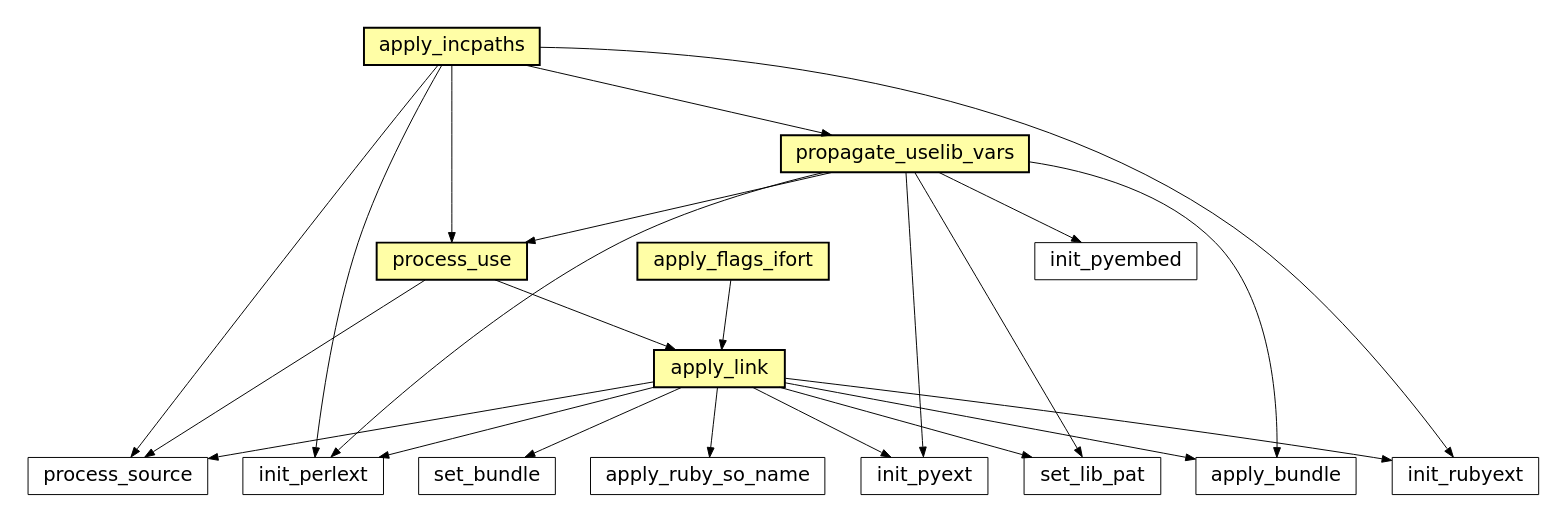
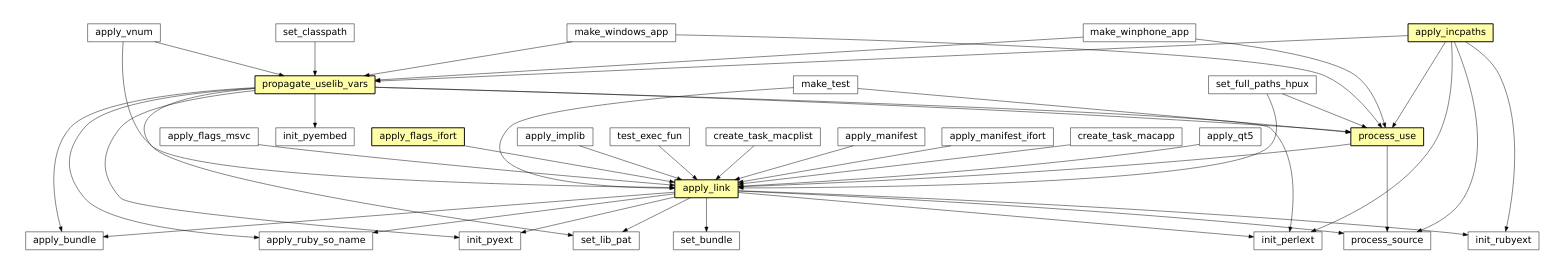
Diagram 14 of 45 in docs/sphinx/featuremap.rst (electronicvisions/waf), drawn with Graphviz before and after one commit. The commit also changed other lines of this file and 1 other file, not shown here.

```diff
--- a/docs/sphinx/featuremap.rst
+++ b/docs/sphinx/featuremap.rst
@@ -404,41 +577,75 @@
 .. graphviz::
 
 	digraph feature_fc {
 		size="8.0, 12.0";
-		process_use [style="setlinewidth(0.5)",URL="tools/ccroot.html#waflib.Tools.ccroot.process_use",target="_top",fontname="Vera Sans, DejaVu Sans, Liberation Sans, Arial, Helvetica, sans",height=0.25,shape="rectangle",fontsize=10,fillcolor="#fffea6",style=filled];
-		init_perlext [style="setlinewidth(0.5)",URL="tools/perl.html#waflib.Tools.perl.init_perlext",target="_top",fontname="Vera Sans, DejaVu Sans, Liberation Sans, Arial, Helvetica, sans",height=0.25,shape="rectangle",fontsize=10];
-		apply_ruby_so_name [style="setlinewidth(0.5)",URL="tools/ruby.html#waflib.Tools.ruby.apply_ruby_so_name",target="_top",fontname="Vera Sans, DejaVu Sans, Liberation Sans, Arial, Helvetica, sans",height=0.25,shape="rectangle",fontsize=10];
-		process_source [style="setlinewidth(0.5)",URL="TaskGen.html#waflib.TaskGen.process_source",target="_top",fontname="Vera Sans, DejaVu Sans, Liberation Sans, Arial, Helvetica, sans",height=0.25,shape="rectangle",fontsize=10];
-		apply_incpaths [style="setlinewidth(0.5)",URL="tools/ccroot.html#waflib.Tools.ccroot.apply_incpaths",target="_top",fontname="Vera Sans, DejaVu Sans, Liberation Sans, Arial, Helvetica, sans",height=0.25,shape="rectangle",fontsize=10,fillcolor="#fffea6",style=filled];
-		apply_link [style="setlinewidth(0.5)",URL="tools/ccroot.html#waflib.Tools.ccroot.apply_link",target="_top",fontname="Vera Sans, DejaVu Sans, Liberation Sans, Arial, Helvetica, sans",height=0.25,shape="rectangle",fontsize=10,fillcolor="#fffea6",style=filled];
-		init_pyext [style="setlinewidth(0.5)",URL="tools/python.html#waflib.Tools.python.init_pyext",target="_top",fontname="Vera Sans, DejaVu Sans, Liberation Sans, Arial, Helvetica, sans",height=0.25,shape="rectangle",fontsize=10];
-		init_rubyext [style="setlinewidth(0.5)",URL="tools/ruby.html#waflib.Tools.ruby.init_rubyext",target="_top",fontname="Vera Sans, DejaVu Sans, Liberation Sans, Arial, Helvetica, sans",height=0.25,shape="rectangle",fontsize=10];
-		set_bundle [style="setlinewidth(0.5)",URL="tools/python.html#waflib.Tools.python.set_bundle",target="_top",fontname="Vera Sans, DejaVu Sans, Liberation Sans, Arial, Helvetica, sans",height=0.25,shape="rectangle",fontsize=10];
-		set_lib_pat [style="setlinewidth(0.5)",URL="tools/fc_config.html#waflib.Tools.fc_config.set_lib_pat",target="_top",fontname="Vera Sans, DejaVu Sans, Liberation Sans, Arial, Helvetica, sans",height=0.25,shape="rectangle",fontsize=10];
-		propagate_uselib_vars [style="setlinewidth(0.5)",URL="tools/ccroot.html#waflib.Tools.ccroot.propagate_uselib_vars",target="_top",fontname="Vera Sans, DejaVu Sans, Liberation Sans, Arial, Helvetica, sans",height=0.25,shape="rectangle",fontsize=10,fillcolor="#fffea6",style=filled];
-		init_pyembed [style="setlinewidth(0.5)",URL="tools/python.html#waflib.Tools.python.init_pyembed",target="_top",fontname="Vera Sans, DejaVu Sans, Liberation Sans, Arial, Helvetica, sans",height=0.25,shape="rectangle",fontsize=10];
-		apply_flags_ifort [style="setlinewidth(0.5)",URL="tools/ifort.html#waflib.Tools.ifort.apply_flags_ifort",target="_top",fontname="Vera Sans, DejaVu Sans, Liberation Sans, Arial, Helvetica, sans",height=0.25,shape="rectangle",fontsize=10,fillcolor="#fffea6",style=filled];
-		apply_bundle [style="setlinewidth(0.5)",URL="tools/c_osx.html#waflib.Tools.c_osx.apply_bundle",target="_top",fontname="Vera Sans, DejaVu Sans, Liberation Sans, Arial, Helvetica, sans",height=0.25,shape="rectangle",fontsize=10];
-		"process_use" -> "apply_link" [arrowsize=0.5,style="setlinewidth(0.5)"];
-		"process_use" -> "process_source" [arrowsize=0.5,style="setlinewidth(0.5)"];
+		"make_test" [style="setlinewidth(0.5)",URL="tools/waf_unit_test.html#waflib.Tools.waf_unit_test.make_test",target="_top",fontname="Vera Sans, DejaVu Sans, Liberation Sans, Arial, Helvetica, sans",height=0.25,shape="rectangle",fontsize=10];
+		"apply_incpaths" [style="setlinewidth(0.5)",URL="tools/ccroot.html#waflib.Tools.ccroot.apply_incpaths",target="_top",fontname="Vera Sans, DejaVu Sans, Liberation Sans, Arial, Helvetica, sans",height=0.25,shape="rectangle",fontsize=10,fillcolor="#fffea6",style=filled];
+		"set_bundle" [style="setlinewidth(0.5)",URL="tools/python.html#waflib.Tools.python.set_bundle",target="_top",fontname="Vera Sans, DejaVu Sans, Liberation Sans, Arial, Helvetica, sans",height=0.25,shape="rectangle",fontsize=10];
+		"set_lib_pat" [style="setlinewidth(0.5)",URL="tools/fc_config.html#waflib.Tools.fc_config.set_lib_pat",target="_top",fontname="Vera Sans, DejaVu Sans, Liberation Sans, Arial, Helvetica, sans",height=0.25,shape="rectangle",fontsize=10];
+		"apply_flags_ifort" [style="setlinewidth(0.5)",URL="tools/ifort.html#waflib.Tools.ifort.apply_flags_ifort",target="_top",fontname="Vera Sans, DejaVu Sans, Liberation Sans, Arial, Helvetica, sans",height=0.25,shape="rectangle",fontsize=10,fillcolor="#fffea6",style=filled];
+		"apply_bundle" [style="setlinewidth(0.5)",URL="tools/c_osx.html#waflib.Tools.c_osx.apply_bundle",target="_top",fontname="Vera Sans, DejaVu Sans, Liberation Sans, Arial, Helvetica, sans",height=0.25,shape="rectangle",fontsize=10];
+		"process_use" [style="setlinewidth(0.5)",URL="tools/ccroot.html#waflib.Tools.ccroot.process_use",target="_top",fontname="Vera Sans, DejaVu Sans, Liberation Sans, Arial, Helvetica, sans",height=0.25,shape="rectangle",fontsize=10,fillcolor="#fffea6",style=filled];
+		"apply_implib" [style="setlinewidth(0.5)",URL="tools/ccroot.html#waflib.Tools.ccroot.apply_implib",target="_top",fontname="Vera Sans, DejaVu Sans, Liberation Sans, Arial, Helvetica, sans",height=0.25,shape="rectangle",fontsize=10];
+		"apply_ruby_so_name" [style="setlinewidth(0.5)",URL="tools/ruby.html#waflib.Tools.ruby.apply_ruby_so_name",target="_top",fontname="Vera Sans, DejaVu Sans, Liberation Sans, Arial, Helvetica, sans",height=0.25,shape="rectangle",fontsize=10];
+		"set_full_paths_hpux" [style="setlinewidth(0.5)",URL="tools/ccroot.html#waflib.Tools.ccroot.set_full_paths_hpux",target="_top",fontname="Vera Sans, DejaVu Sans, Liberation Sans, Arial, Helvetica, sans",height=0.25,shape="rectangle",fontsize=10];
+		"test_exec_fun" [style="setlinewidth(0.5)",URL="tools/c_config.html#waflib.Tools.c_config.test_exec_fun",target="_top",fontname="Vera Sans, DejaVu Sans, Liberation Sans, Arial, Helvetica, sans",height=0.25,shape="rectangle",fontsize=10];
+		"apply_link" [style="setlinewidth(0.5)",URL="tools/ccroot.html#waflib.Tools.ccroot.apply_link",target="_top",fontname="Vera Sans, DejaVu Sans, Liberation Sans, Arial, Helvetica, sans",height=0.25,shape="rectangle",fontsize=10,fillcolor="#fffea6",style=filled];
+		"init_pyext" [style="setlinewidth(0.5)",URL="tools/python.html#waflib.Tools.python.init_pyext",target="_top",fontname="Vera Sans, DejaVu Sans, Liberation Sans, Arial, Helvetica, sans",height=0.25,shape="rectangle",fontsize=10];
+		"init_rubyext" [style="setlinewidth(0.5)",URL="tools/ruby.html#waflib.Tools.ruby.init_rubyext",target="_top",fontname="Vera Sans, DejaVu Sans, Liberation Sans, Arial, Helvetica, sans",height=0.25,shape="rectangle",fontsize=10];
+		"apply_vnum" [style="setlinewidth(0.5)",URL="tools/ccroot.html#waflib.Tools.ccroot.apply_vnum",target="_top",fontname="Vera Sans, DejaVu Sans, Liberation Sans, Arial, Helvetica, sans",height=0.25,shape="rectangle",fontsize=10];
+		"create_task_macplist" [style="setlinewidth(0.5)",URL="tools/c_osx.html#waflib.Tools.c_osx.create_task_macplist",target="_top",fontname="Vera Sans, DejaVu Sans, Liberation Sans, Arial, Helvetica, sans",height=0.25,shape="rectangle",fontsize=10];
+		"make_windows_app" [style="setlinewidth(0.5)",URL="tools/msvc.html#waflib.Tools.msvc.make_windows_app",target="_top",fontname="Vera Sans, DejaVu Sans, Liberation Sans, Arial, Helvetica, sans",height=0.25,shape="rectangle",fontsize=10];
+		"apply_manifest" [style="setlinewidth(0.5)",URL="tools/msvc.html#waflib.Tools.msvc.apply_manifest",target="_top",fontname="Vera Sans, DejaVu Sans, Liberation Sans, Arial, Helvetica, sans",height=0.25,shape="rectangle",fontsize=10];
+		"process_source" [style="setlinewidth(0.5)",URL="TaskGen.html#waflib.TaskGen.process_source",target="_top",fontname="Vera Sans, DejaVu Sans, Liberation Sans, Arial, Helvetica, sans",height=0.25,shape="rectangle",fontsize=10];
+		"apply_manifest_ifort" [style="setlinewidth(0.5)",URL="tools/ifort.html#waflib.Tools.ifort.apply_manifest_ifort",target="_top",fontname="Vera Sans, DejaVu Sans, Liberation Sans, Arial, Helvetica, sans",height=0.25,shape="rectangle",fontsize=10];
+		"make_winphone_app" [style="setlinewidth(0.5)",URL="tools/msvc.html#waflib.Tools.msvc.make_winphone_app",target="_top",fontname="Vera Sans, DejaVu Sans, Liberation Sans, Arial, Helvetica, sans",height=0.25,shape="rectangle",fontsize=10];
+		"set_classpath" [style="setlinewidth(0.5)",URL="tools/javaw.html#waflib.Tools.javaw.set_classpath",target="_top",fontname="Vera Sans, DejaVu Sans, Liberation Sans, Arial, Helvetica, sans",height=0.25,shape="rectangle",fontsize=10];
+		"init_pyembed" [style="setlinewidth(0.5)",URL="tools/python.html#waflib.Tools.python.init_pyembed",target="_top",fontname="Vera Sans, DejaVu Sans, Liberation Sans, Arial, Helvetica, sans",height=0.25,shape="rectangle",fontsize=10];
+		"init_perlext" [style="setlinewidth(0.5)",URL="tools/perl.html#waflib.Tools.perl.init_perlext",target="_top",fontname="Vera Sans, DejaVu Sans, Liberation Sans, Arial, Helvetica, sans",height=0.25,shape="rectangle",fontsize=10];
+		"create_task_macapp" [style="setlinewidth(0.5)",URL="tools/c_osx.html#waflib.Tools.c_osx.create_task_macapp",target="_top",fontname="Vera Sans, DejaVu Sans, Liberation Sans, Arial, Helvetica, sans",height=0.25,shape="rectangle",fontsize=10];
+		"apply_qt5" [style="setlinewidth(0.5)",URL="tools/qt5.html#waflib.Tools.qt5.apply_qt5",target="_top",fontname="Vera Sans, DejaVu Sans, Liberation Sans, Arial, Helvetica, sans",height=0.25,shape="rectangle",fontsize=10];
+		"apply_flags_msvc" [style="setlinewidth(0.5)",URL="tools/msvc.html#waflib.Tools.msvc.apply_flags_msvc",target="_top",fontname="Vera Sans, DejaVu Sans, Liberation Sans, Arial, Helvetica, sans",height=0.25,shape="rectangle",fontsize=10];
+		"propagate_uselib_vars" [style="setlinewidth(0.5)",URL="tools/ccroot.html#waflib.Tools.ccroot.propagate_uselib_vars",target="_top",fontname="Vera Sans, DejaVu Sans, Liberation Sans, Arial, Helvetica, sans",height=0.25,shape="rectangle",fontsize=10,fillcolor="#fffea6",style=filled];
+		"make_test" -> "apply_link" [arrowsize=0.5,style="setlinewidth(0.5)"];
+		"make_test" -> "process_use" [arrowsize=0.5,style="setlinewidth(0.5)"];
 		"apply_incpaths" -> "propagate_uselib_vars" [arrowsize=0.5,style="setlinewidth(0.5)"];
 		"apply_incpaths" -> "process_source" [arrowsize=0.5,style="setlinewidth(0.5)"];
 		"apply_incpaths" -> "process_use" [arrowsize=0.5,style="setlinewidth(0.5)"];
 		"apply_incpaths" -> "init_rubyext" [arrowsize=0.5,style="setlinewidth(0.5)"];
 		"apply_incpaths" -> "init_perlext" [arrowsize=0.5,style="setlinewidth(0.5)"];
-		"propagate_uselib_vars" -> "apply_bundle" [arrowsize=0.5,style="setlinewidth(0.5)"];
-		"propagate_uselib_vars" -> "process_use" [arrowsize=0.5,style="setlinewidth(0.5)"];
-		"propagate_uselib_vars" -> "set_lib_pat" [arrowsize=0.5,style="setlinewidth(0.5)"];
-		"propagate_uselib_vars" -> "init_perlext" [arrowsize=0.5,style="setlinewidth(0.5)"];
-		"propagate_uselib_vars" -> "init_pyext" [arrowsize=0.5,style="setlinewidth(0.5)"];
-		"propagate_uselib_vars" -> "init_pyembed" [arrowsize=0.5,style="setlinewidth(0.5)"];
+		"apply_flags_ifort" -> "apply_link" [arrowsize=0.5,style="setlinewidth(0.5)"];
+		"process_use" -> "apply_link" [arrowsize=0.5,style="setlinewidth(0.5)"];
+		"process_use" -> "process_source" [arrowsize=0.5,style="setlinewidth(0.5)"];
+		"apply_qt5" -> "apply_link" [arrowsize=0.5,style="setlinewidth(0.5)"];
+		"set_full_paths_hpux" -> "apply_link" [arrowsize=0.5,style="setlinewidth(0.5)"];
+		"set_full_paths_hpux" -> "process_use" [arrowsize=0.5,style="setlinewidth(0.5)"];
 		"apply_link" -> "apply_bundle" [arrowsize=0.5,style="setlinewidth(0.5)"];
 		"apply_link" -> "process_source" [arrowsize=0.5,style="setlinewidth(0.5)"];
 		"apply_link" -> "set_lib_pat" [arrowsize=0.5,style="setlinewidth(0.5)"];
 		"apply_link" -> "init_rubyext" [arrowsize=0.5,style="setlinewidth(0.5)"];
 		"apply_link" -> "apply_ruby_so_name" [arrowsize=0.5,style="setlinewidth(0.5)"];
 		"apply_link" -> "init_perlext" [arrowsize=0.5,style="setlinewidth(0.5)"];
 		"apply_link" -> "init_pyext" [arrowsize=0.5,style="setlinewidth(0.5)"];
 		"apply_link" -> "set_bundle" [arrowsize=0.5,style="setlinewidth(0.5)"];
-		"apply_flags_ifort" -> "apply_link" [arrowsize=0.5,style="setlinewidth(0.5)"];
+		"apply_vnum" -> "apply_link" [arrowsize=0.5,style="setlinewidth(0.5)"];
+		"apply_vnum" -> "propagate_uselib_vars" [arrowsize=0.5,style="setlinewidth(0.5)"];
+		"create_task_macplist" -> "apply_link" [arrowsize=0.5,style="setlinewidth(0.5)"];
+		"make_windows_app" -> "propagate_uselib_vars" [arrowsize=0.5,style="setlinewidth(0.5)"];
+		"make_windows_app" -> "process_use" [arrowsize=0.5,style="setlinewidth(0.5)"];
+		"apply_manifest" -> "apply_link" [arrowsize=0.5,style="setlinewidth(0.5)"];
+		"test_exec_fun" -> "apply_link" [arrowsize=0.5,style="setlinewidth(0.5)"];
+		"apply_manifest_ifort" -> "apply_link" [arrowsize=0.5,style="setlinewidth(0.5)"];
+		"make_winphone_app" -> "propagate_uselib_vars" [arrowsize=0.5,style="setlinewidth(0.5)"];
+		"make_winphone_app" -> "process_use" [arrowsize=0.5,style="setlinewidth(0.5)"];
+		"set_classpath" -> "propagate_uselib_vars" [arrowsize=0.5,style="setlinewidth(0.5)"];
+		"create_task_macapp" -> "apply_link" [arrowsize=0.5,style="setlinewidth(0.5)"];
+		"apply_implib" -> "apply_link" [arrowsize=0.5,style="setlinewidth(0.5)"];
+		"apply_flags_msvc" -> "apply_link" [arrowsize=0.5,style="setlinewidth(0.5)"];
+		"propagate_uselib_vars" -> "apply_bundle" [arrowsize=0.5,style="setlinewidth(0.5)"];
+		"propagate_uselib_vars" -> "process_use" [arrowsize=0.5,style="setlinewidth(0.5)"];
+		"propagate_uselib_vars" -> "set_lib_pat" [arrowsize=0.5,style="setlinewidth(0.5)"];
+		"propagate_uselib_vars" -> "apply_ruby_so_name" [arrowsize=0.5,style="setlinewidth(0.5)"];
+		"propagate_uselib_vars" -> "init_perlext" [arrowsize=0.5,style="setlinewidth(0.5)"];
+		"propagate_uselib_vars" -> "init_pyext" [arrowsize=0.5,style="setlinewidth(0.5)"];
+		"propagate_uselib_vars" -> "init_pyembed" [arrowsize=0.5,style="setlinewidth(0.5)"];
 	}
```
